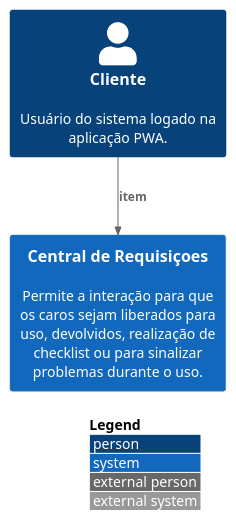
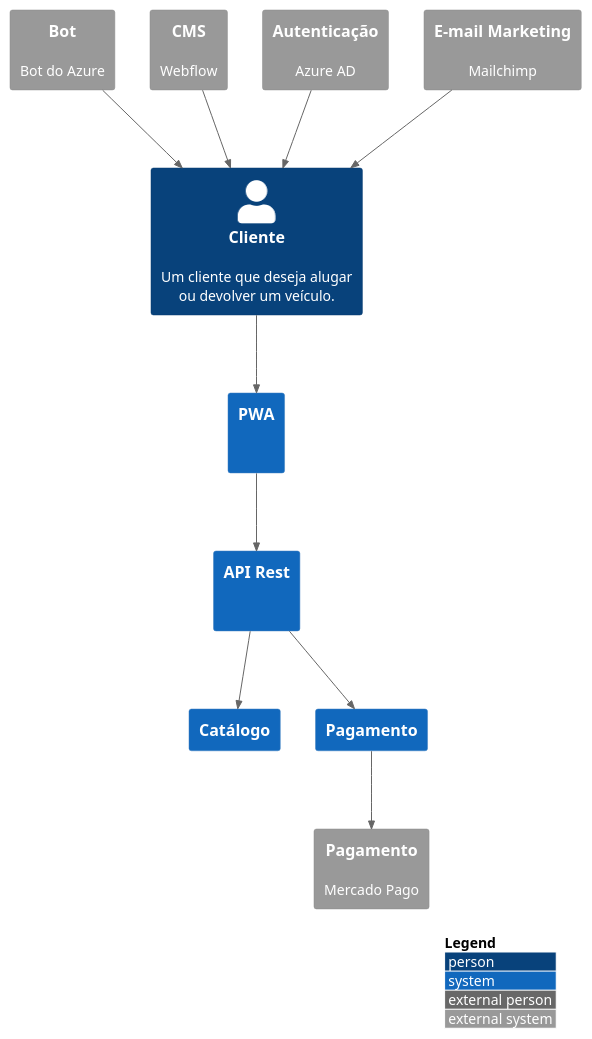
The diagram in src/context.puml (felipementel/c4-model-builder), drawn with PlantUML before and after one commit. The commit also changed other lines of this file and 35 other files, not shown here.

```diff
--- a/src/context.puml
+++ b/src/context.puml
@@ -1,15 +1,28 @@
 @startuml
 !include https://raw.githubusercontent.com/adrianvlupu/C4-PlantUML/latest/C4_Context.puml
 
 LAYOUT_WITH_LEGEND()
 
-Person(cl, "Cliente", "Usuário do sistema logado na aplicação PWA.")
-System(cr, "Central de Requisiçoes", "Permite a interação para que os caros sejam liberados para uso, devolvidos, realização de checklist ou para sinalizar problemas durante o uso.")
-'System_Ext(es, "E-mail system", "The internal Microsoft Exchange e-mail system.")
-'System_Ext(mbs, "Mainframe Banking System", "Stores all of the core banking information about customers, accounts, transactions, etc.")
+Person(cliente, "Cliente", "Um cliente que deseja alugar ou devolver um veículo.")
+System(pwa, "PWA", " ")
+System(api, "API Rest", " ")
+System(catalogoApi, "Catálogo", "")
+System(pagamentoApi, "Pagamento", "")
+System_Ext(bot, "Bot", "Bot do Azure")
+System_Ext(pagamentoService, "Pagamento", "Mercado Pago")
+System_Ext(CMSService, "CMS", "Webflow")
+System_Ext(autenticacaoService, "Autenticação", "Azure AD")
+System_Ext(emailMarketingService, "E-mail Marketing", "Mailchimp")
 
-Rel(cl, cr, "item")
-'Rel(es, pbc, "Sends e-mails to")
-'Rel(ibs, es, "Sends e-mails", "SMTP")
-'Rel(ibs, mbs, "Uses")
+
+Rel(cliente, pwa, " ")
+Rel(pwa, api, " ")
+Rel(api, catalogoApi, " ")
+Rel(api, pagamentoApi, " ")
+Rel(pagamentoApi, pagamentoService, " ")
+Rel(CMSService, cliente, " ")
+Rel(autenticacaoService, cliente, " ")
+Rel(emailMarketingService, cliente, " ")
+Rel(bot, cliente, " ")
+
 @enduml
```
